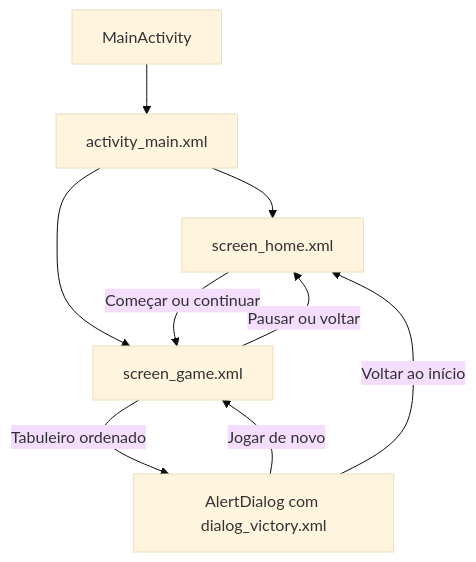
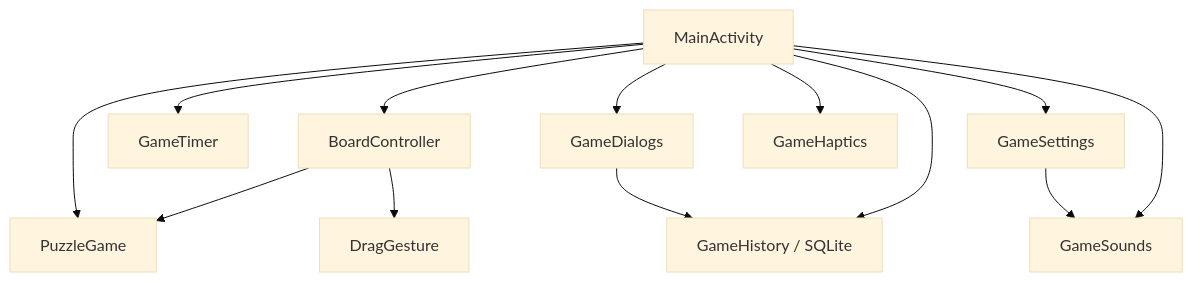
The diagram in README.md (euzebio-chokolate/Slide8-game), drawn with Mermaid (base theme) before and after one commit. The commit also changed other lines of this file and 12 other files, not shown here.

Commit message:
refactor: separa responsabilidades da MainActivity

````diff
--- a/README.md
+++ b/README.md
@@ -302,11 +312,15 @@
 ```mermaid
 flowchart TD
-    A[MainActivity] --> B[activity_main.xml]
-    B --> C[screen_home.xml]
-    B --> D[screen_game.xml]
-    C -->|Começar ou continuar| D
-    D -->|Pausar ou voltar| C
-    D -->|Tabuleiro ordenado| E[AlertDialog com dialog_victory.xml]
-    E -->|Jogar de novo| D
-    E -->|Voltar ao início| C
+    A[MainActivity] --> B[PuzzleGame]
+    A --> C[BoardController]
+    C --> B
+    C --> D[DragGesture]
+    A --> E[GameTimer]
+    A --> F[GameDialogs]
+    F --> G[GameHistory / SQLite]
+    A --> G
+    A --> H[GameSettings]
+    H --> I[GameSounds]
+    A --> I
+    A --> J[GameHaptics]
 ```
````
